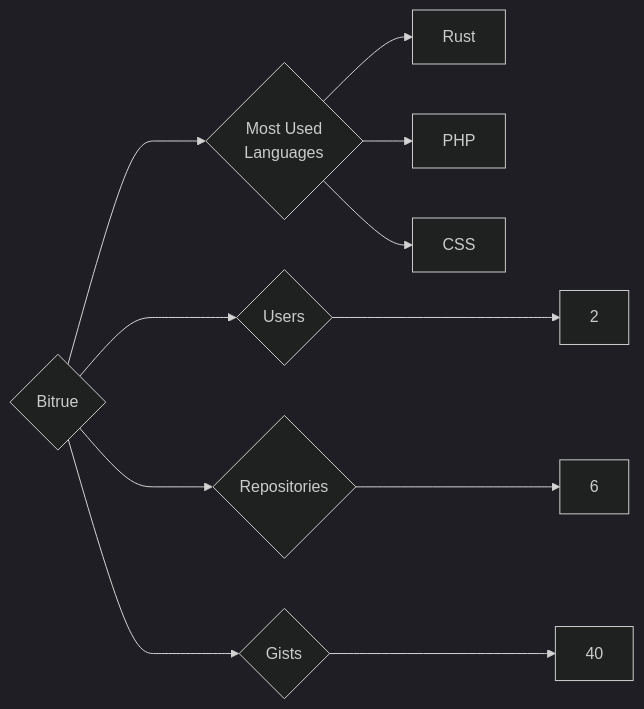
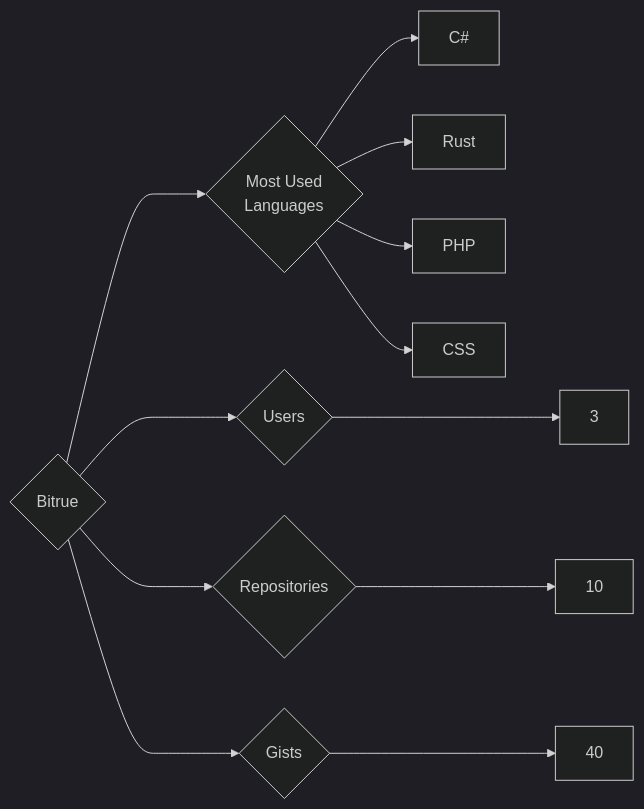
The diagram in targets/Bitrue/README.md (trickest/insiders), drawn with Mermaid (dark theme) before and after one commit. The commit also changed 942 other files, not shown here.

````diff
--- a/targets/Bitrue/README.md
+++ b/targets/Bitrue/README.md
@@ -3,11 +3,12 @@
 ```mermaid
 graph LR
 COMPANY_NAME{Bitrue}
-COMPANY_NAME ---> U{Users} ---> UN[2]
-COMPANY_NAME ---> R{Repositories} ---> RN[6]
+COMPANY_NAME ---> U{Users} ---> UN[3]
+COMPANY_NAME ---> R{Repositories} ---> RN[10]
 COMPANY_NAME ---> G{Gists} ---> GN[40]
 COMPANY_NAME ---> ML{Most Used<br>Languages}
+ML --> C#[C#]
 ML --> Rust[Rust]
 ML --> PHP[PHP]
 ML --> CSS[CSS]
 ```
````
